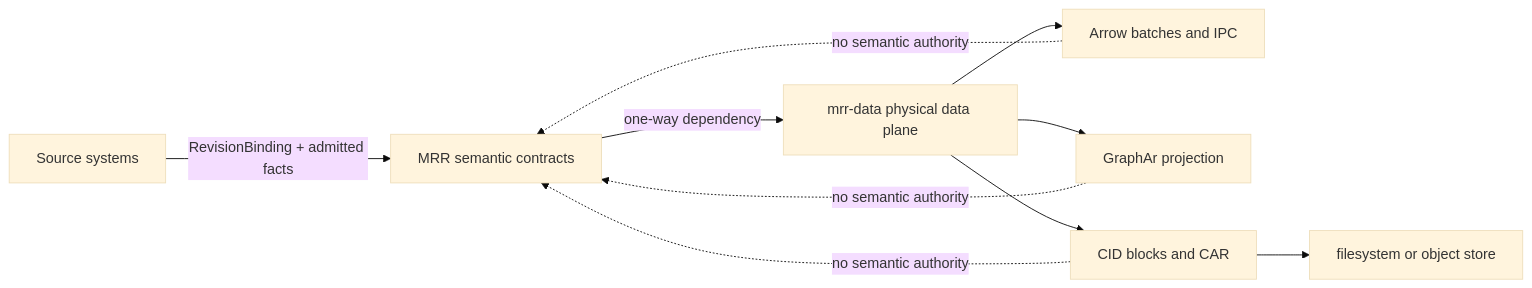
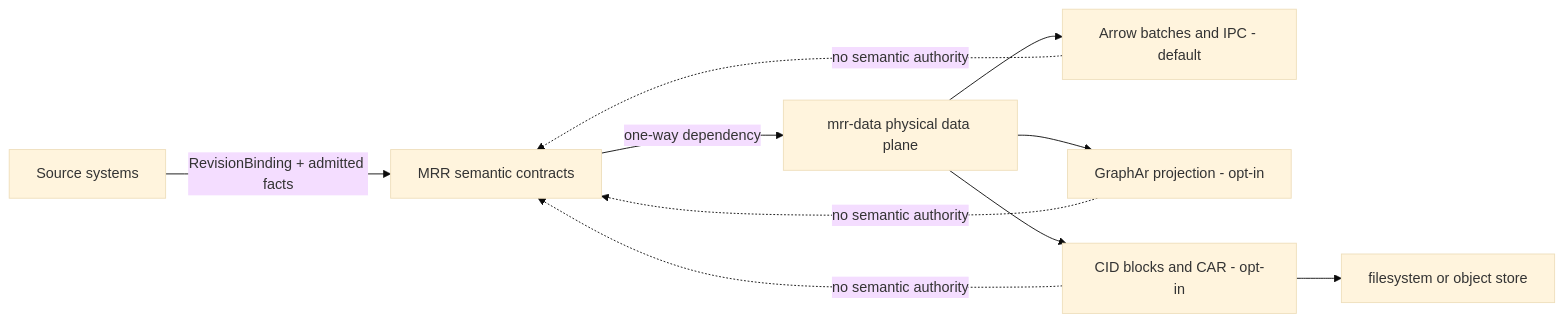
The diagram in docs/architecture/0001-mrr-data-plane.org (tao3k/mrr-data), drawn with Mermaid (base theme) before and after one commit. The commit also changed other lines of this file and 19 other files, not shown here.

Commit message:
feat: make Arrow the default data plane

```diff
--- a/docs/architecture/0001-mrr-data-plane.org
+++ b/docs/architecture/0001-mrr-data-plane.org
@@ -22,20 +22,20 @@
 #+begin_src mermaid
 flowchart LR
   S[Source systems]
   M[MRR semantic contracts]
   D[mrr-data physical data plane]
-  A[Arrow batches and IPC]
-  G[GraphAr projection]
-  C[CID blocks and CAR]
+  A[Arrow batches and IPC - default]
+  G[GraphAr projection - opt-in]
+  C[CID blocks and CAR - opt-in]
   O[filesystem or object store]
 
   S -->|RevisionBinding + admitted facts| M
   M -->|one-way dependency| D
   D --> A
   D --> G
   D --> C
   C --> O
   A -. no semantic authority .-> M
   G -. no semantic authority .-> M
   C -. no semantic authority .-> M
 #+end_src
```
